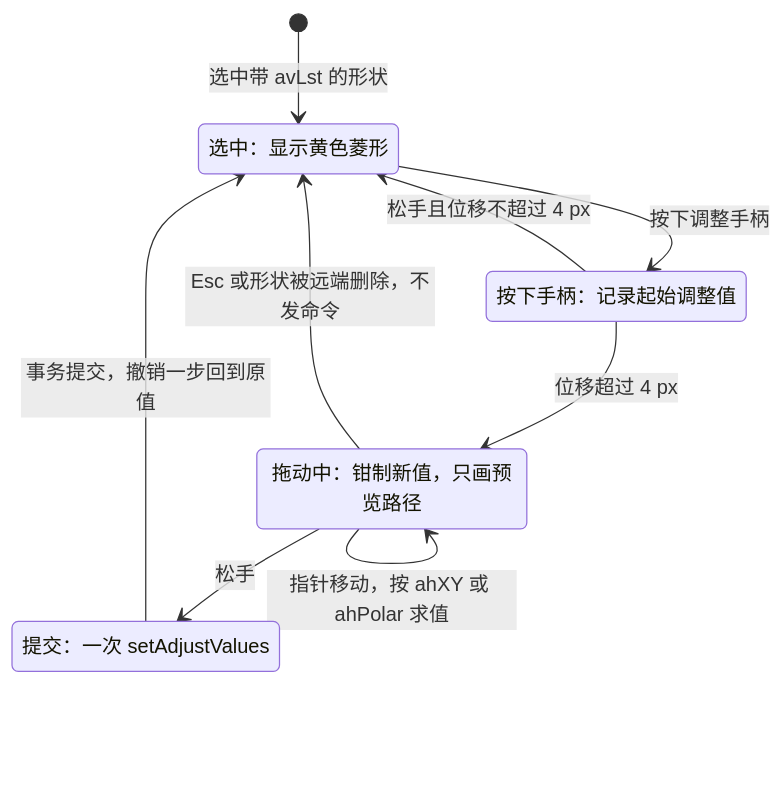
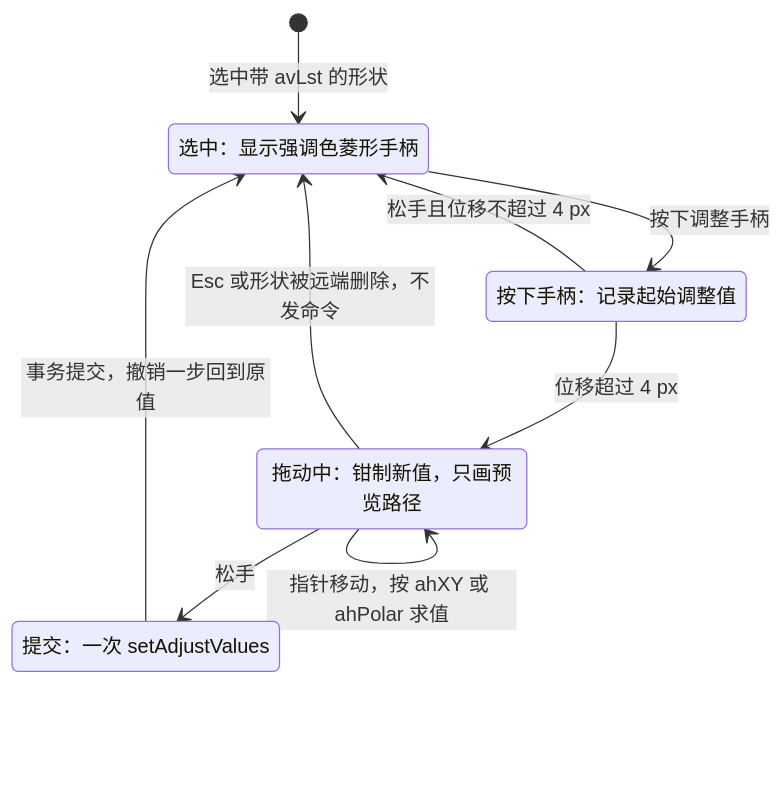
One commit to Xeonice/cordis-ppt-editor changed the fifth of 12 diagrams in docs/50-frontend/22-elements-shapes-and-lines.md. Above: the diagram before and after it, drawn with Mermaid. The commit also changed other lines of this file and 25 other files, not shown here.

````diff
--- a/docs/50-frontend/22-elements-shapes-and-lines.md
+++ b/docs/50-frontend/22-elements-shapes-and-lines.md
@@ -302,15 +303,15 @@
 ```mermaid
 stateDiagram-v2
-  state "选中：显示黄色菱形" as idle
+  state "选中：显示强调色菱形手柄" as idle
   state "按下手柄：记录起始调整值" as pressed
   state "拖动中：钳制新值，只画预览路径" as dragging
   state "提交：一次 setAdjustValues" as commit
   [*] --> idle : 选中带 avLst 的形状
   idle --> pressed : 按下调整手柄
   pressed --> idle : 松手且位移不超过 4 px
   pressed --> dragging : 位移超过 4 px
   dragging --> dragging : 指针移动，按 ahXY 或 ahPolar 求值
   dragging --> commit : 松手
   dragging --> idle : Esc 或形状被远端删除，不发命令
   commit --> idle : 事务提交，撤销一步回到原值
 ```
````
